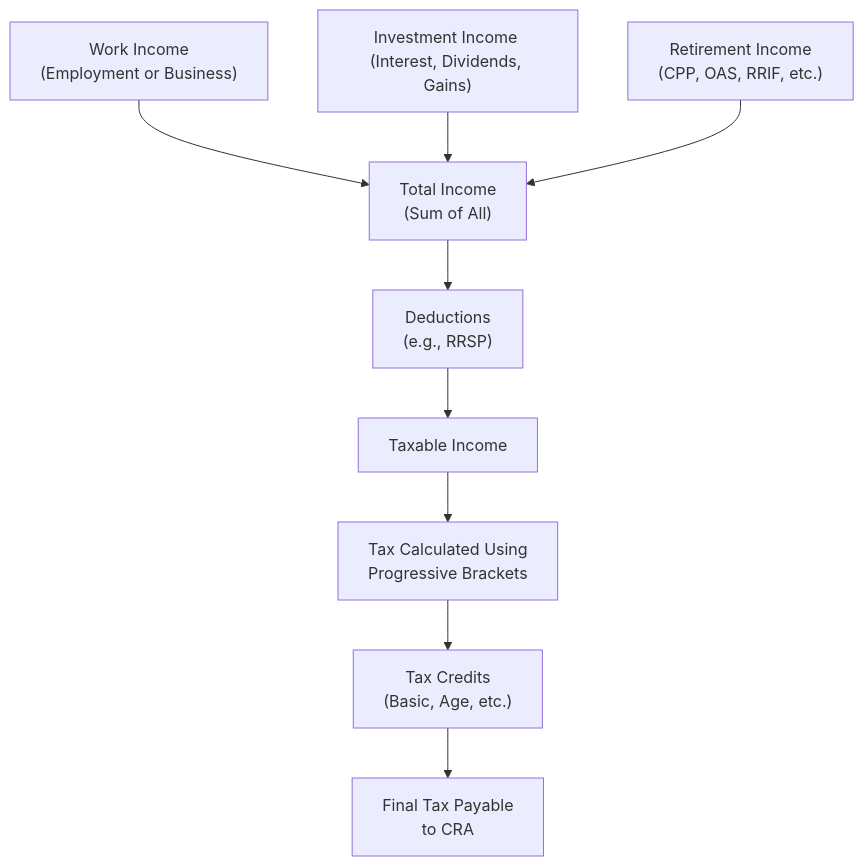
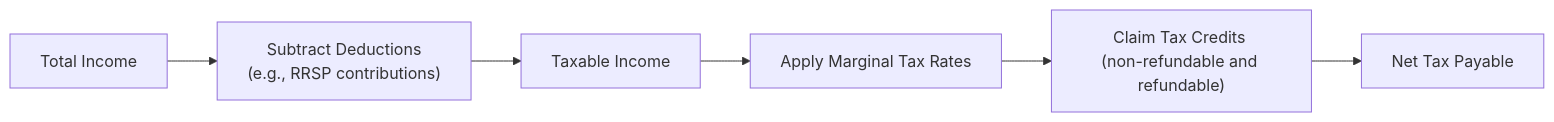
One commit to MasteryEducation/SecuritiesExamsMastery.ca changed the diagram in content/ifc/6/1/index.md. Above: the diagram before and after it, drawn with Mermaid. The commit also changed other lines of this file and 130 other files, not shown here.

````diff
--- a/content/ifc/6/1/index.md
+++ b/content/ifc/6/1/index.md
@@ -229,21 +39,8 @@
 ```mermaid
-flowchart TB
-    A["Work Income <br/>(Employment or Business)"]
-    B["Investment Income <br/>(Interest, Dividends, Gains)"]
-    C["Retirement Income <br/>(CPP, OAS, RRIF, etc.)"]
-    D["Total Income <br/>(Sum of All)"]
-    E["Deductions <br/>(e.g., RRSP)"]
-    F["Taxable Income"]
-    G["Tax Calculated Using <br/>Progressive Brackets"]
-    H["Tax Credits <br/>(Basic, Age, etc.)"]
-    I["Final Tax Payable <br/>to CRA"]
-
-    A --> D
-    B --> D
-    C --> D
-    D --> E
-    E --> F
-    F --> G
-    G --> H
-    H --> I
+flowchart LR
+    A["Total Income"] --> B["Subtract Deductions <br/>(e.g., RRSP contributions)"]
+    B --> C["Taxable Income"]
+    C --> D["Apply Marginal Tax Rates"]
+    D --> E["Claim Tax Credits <br/>(non-refundable and refundable)"]
+    E --> F["Net Tax Payable"]
 ```
````
